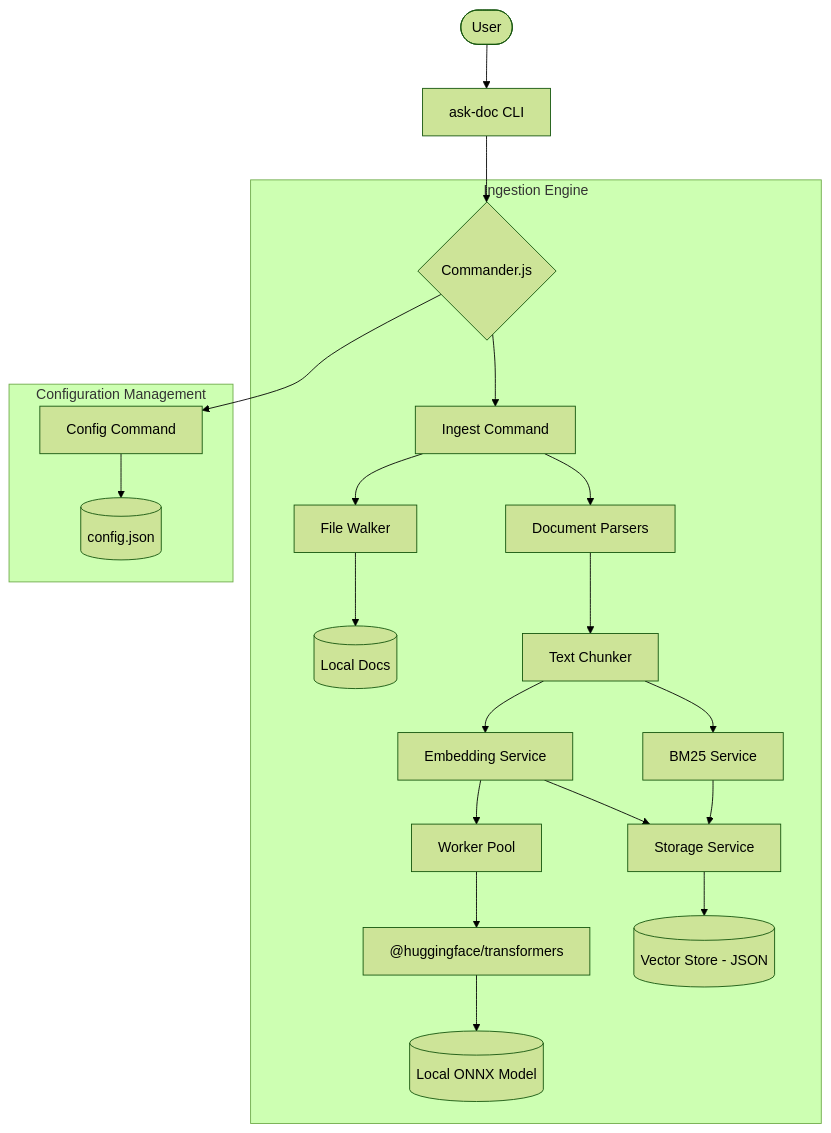
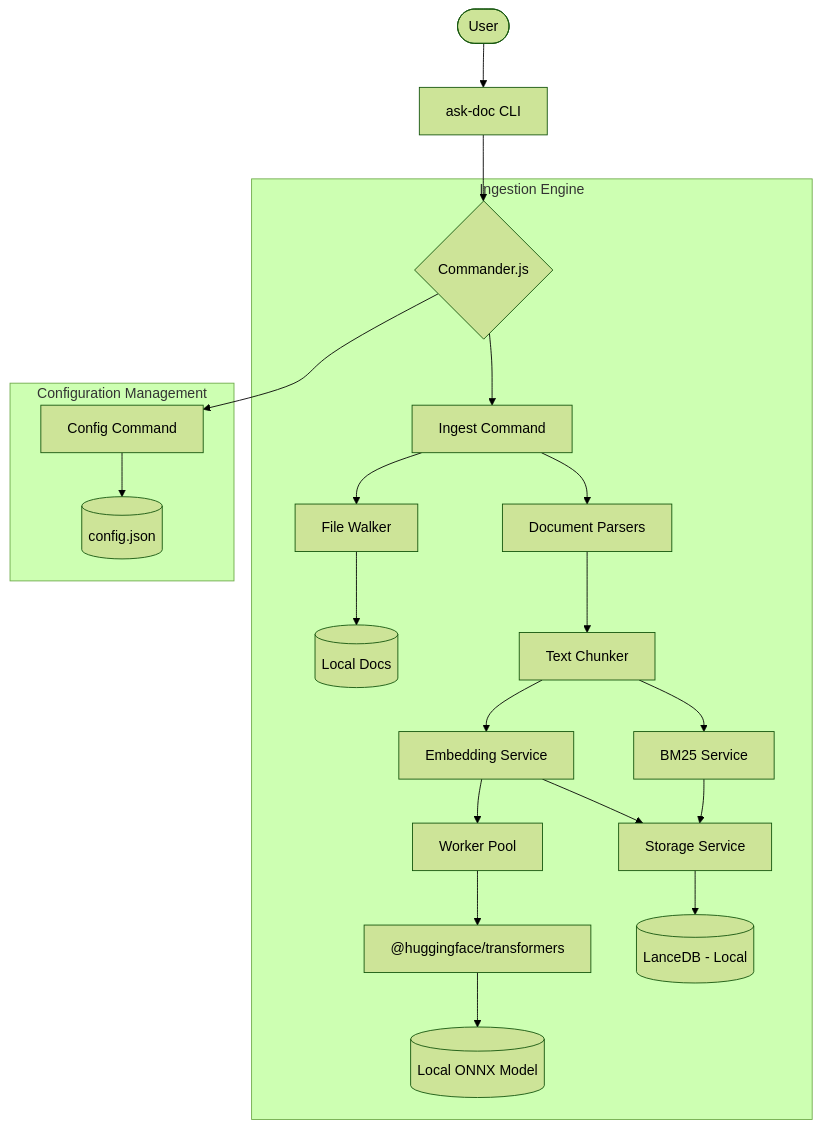
The diagram in README.md (kamalsoft/transformer-embedding), drawn with Mermaid (forest theme) before and after one commit. The commit also changed other lines of this file and 8 other files, not shown here.

First line of the commit message:
feat: upgrade to LanceDB for vector storage and enhance CSV parsing

````diff
--- a/README.md
+++ b/README.md
@@ -35,26 +35,26 @@
 ```mermaid
 graph TD
     User([User]) --> CLI[ask-doc CLI]
     CLI --> CmdRouter{Commander.js}
 
     subgraph "Ingestion Engine"
         CmdRouter --> Ingest[Ingest Command]
         Ingest --> Walker[File Walker]
         Walker --> Docs[(Local Docs)]
         Ingest --> Parser[Document Parsers]
         Parser --> Chunker[Text Chunker]
         Chunker --> Embedder[Embedding Service]
         Embedder --> WorkerPool[Worker Pool]
         WorkerPool --> Transformers["@huggingface/transformers"]
         Transformers --> Model[(Local ONNX Model)]
         Chunker --> BM25[BM25 Service]
         Embedder --> Storage[Storage Service]
         BM25 --> Storage
-        Storage --> VStore[(Vector Store - JSON)]
+        Storage --> VStore[(LanceDB - Local)]
     end
 
     subgraph "Configuration Management"
         CmdRouter --> Config[Config Command]
         Config --> ConfigFile[(config.json)]
     end
 ```
````
